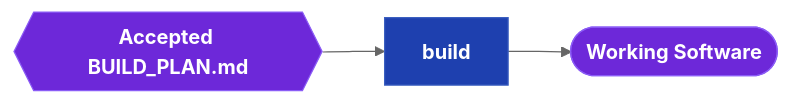
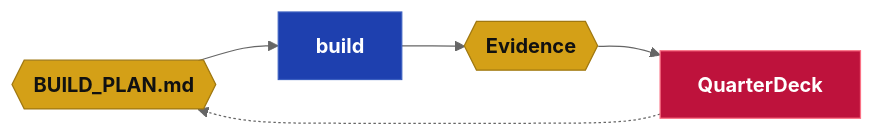
The fifth of 10 diagrams in docs/Drydock_Specification.md (webcloudstudio/Drydock), drawn with Mermaid (neutral theme) before and after one commit. The commit also changed other lines of this file and 2 other files, not shown here.

First line of the commit message:
Restructure specification around the Setup-Plan-Build-Iterate lifecycle

````diff
--- a/docs/Drydock_Specification.md
+++ b/docs/Drydock_Specification.md
@@ -984,10 +417,14 @@
 ```mermaid
 flowchart LR
   classDef dir    fill:#0a5c38,stroke:#2cb67d,color:#fff,font-weight:bold
+  classDef md     fill:#d4a017,stroke:#a07810,color:#111,font-weight:bold
   classDef script fill:#1e40af,stroke:#3b5fc0,color:#fff,font-weight:bold
+  classDef prompt fill:#c2410c,stroke:#ea580c,color:#fff,font-weight:bold
   classDef output fill:#6d28d9,stroke:#8b5cf6,color:#fff,font-weight:bold
+  classDef web    fill:#be123c,stroke:#fb7185,color:#fff,font-weight:bold
 
-  PLAN{{"Accepted BUILD_PLAN.md"}}:::output
-  PLAN --> BUILD["build"]:::script
-  BUILD --> SOFTWARE(["Working Software"]):::output
+  BP{{"BUILD_PLAN.md"}}:::md --> BUILD["build"]:::script
+  BUILD --> EVIDENCE{{"Evidence"}}:::md
+  EVIDENCE --> CONSOLE["QuarterDeck"]:::web
+  CONSOLE -.-> BP
 ```
````
